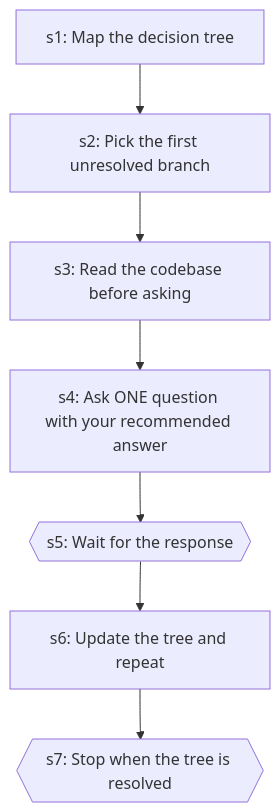
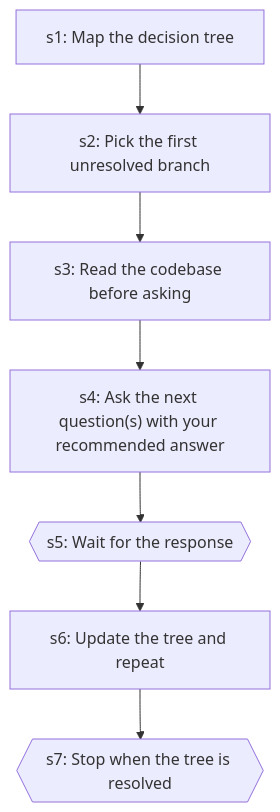
Diagram 14 of 32 in docs/workflows/development-loop.md (abhayla/claude-best-practices), drawn with Mermaid before and after one commit. The commit also changed other lines of this file and 13 other files, not shown here.

````diff
--- a/docs/workflows/development-loop.md
+++ b/docs/workflows/development-loop.md
@@ -643,16 +643,16 @@
 ```mermaid
 graph TD
     s1["s1: Map the decision tree"]
     s2["s2: Pick the first unresolved branch"]
     s1 --> s2
     s3["s3: Read the codebase before asking"]
     s2 --> s3
-    s4["s4: Ask ONE question with your recommended answer"]
+    s4["s4: Ask the next question(s) with your recommended answer"]
     s3 --> s4
     s5{{s5: Wait for the response}}
     s4 --> s5
     s6["s6: Update the tree and repeat"]
     s5 --> s6
     s7{{s7: Stop when the tree is resolved}}
     s6 --> s7
 ```
````
